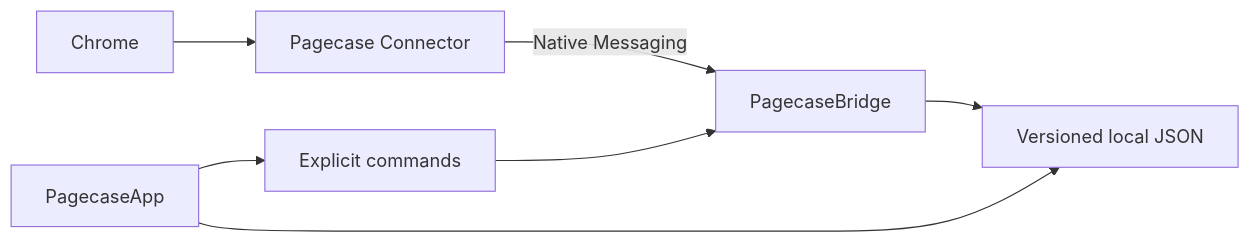
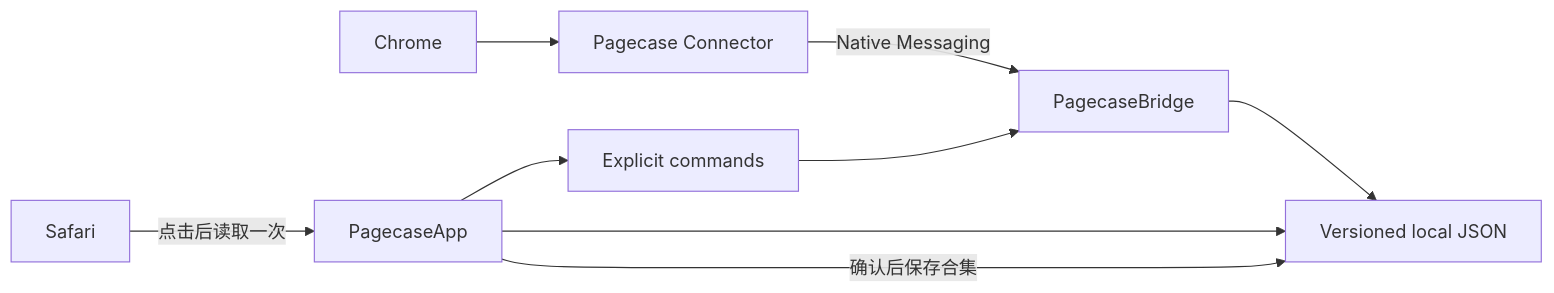
One commit to zaynzhu/Pagecase changed the diagram in README.md. Above: the diagram before and after it, drawn with Mermaid. The commit also changed other lines of this file and 38 other files, not shown here.

````diff
--- a/README.md
+++ b/README.md
@@ -158,9 +182,11 @@
 ```mermaid
 flowchart LR
     Chrome --> Connector["Pagecase Connector"]
     Connector -->|"Native Messaging"| Bridge["PagecaseBridge"]
     Bridge --> JSON["Versioned local JSON"]
     App["PagecaseApp"] --> JSON
+    Safari -->|"点击后读取一次"| App
+    App -->|"确认后保存合集"| JSON
     App --> Commands["Explicit commands"]
     Commands --> Bridge
 ```
````
